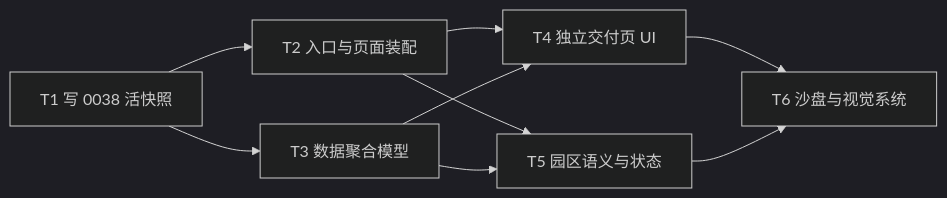
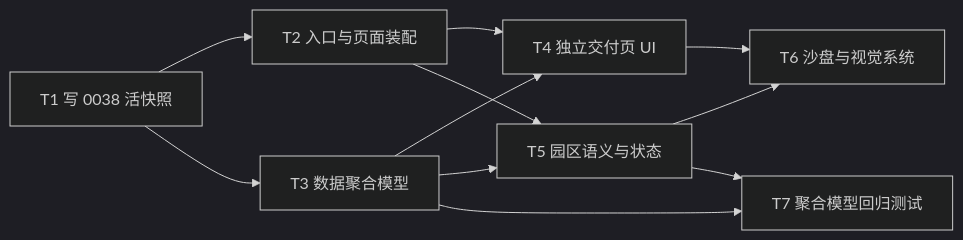
Before and after one commit to Curry09/AHE-Beta: the diagram in docs/specs/0038-openagents-frontend-delivery-view.md, drawn with Mermaid (dark theme). The commit also changed other lines of this file and 1 other file, not shown here.

````diff
--- a/docs/specs/0038-openagents-frontend-delivery-view.md
+++ b/docs/specs/0038-openagents-frontend-delivery-view.md
@@ -290,17 +310,20 @@
 ```mermaid
 graph LR
   T1[T1 写 0038 活快照]
   T2[T2 入口与页面装配]
   T3[T3 数据聚合模型]
   T4[T4 独立交付页 UI]
   T5[T5 园区语义与状态]
   T6[T6 沙盘与视觉系统]
+  T7[T7 聚合模型回归测试]
   T1 --> T2
   T1 --> T3
   T2 --> T4
   T3 --> T4
   T2 --> T5
   T3 --> T5
   T4 --> T6
   T5 --> T6
+  T3 --> T7
+  T5 --> T7
 ```
````
